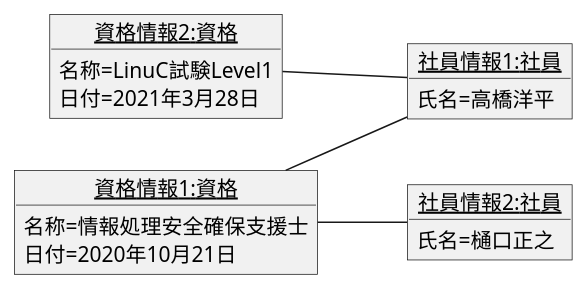
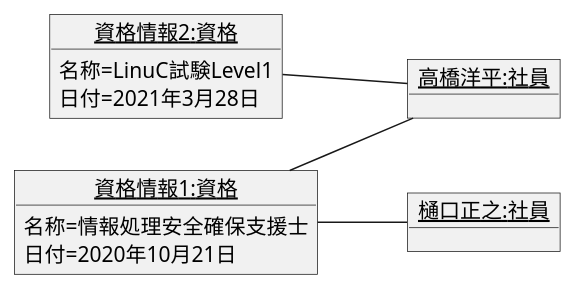
The diagram in 演習3-6_OBJ_資格取得のオブジェクト図.pu (YumaSatou/uml-introduction), drawn with PlantUML before and after one commit.

Commit message:
修正を加えました

```diff
--- a/演習3-6_OBJ_資格取得のオブジェクト図.pu
+++ b/演習3-6_OBJ_資格取得のオブジェクト図.pu
@@ -1,23 +1,21 @@
 @startuml
 left to right direction
 object "<u>資格情報1:資格</u>" as test1 {
     名称=情報処理安全確保支援士
     日付=2020年10月21日
 }
 object "<u>資格情報2:資格</u>" as test2 {
     名称=LinuC試験Level1
     日付=2021年3月28日
 }
-object "<u>社員情報1:社員</u>" as stu1 {
-    氏名=高橋洋平
+object "<u>高橋洋平:社員</u>" as stu1 {
     
 }
-object "<u>社員情報2:社員</u>" as stu2 {
-    氏名=樋口正之
+object "<u>樋口正之:社員</u>" as stu2 {
     
 }
 
 test1 -- stu1
 test2 -- stu1
 test1 -- stu2
 @enduml
```
